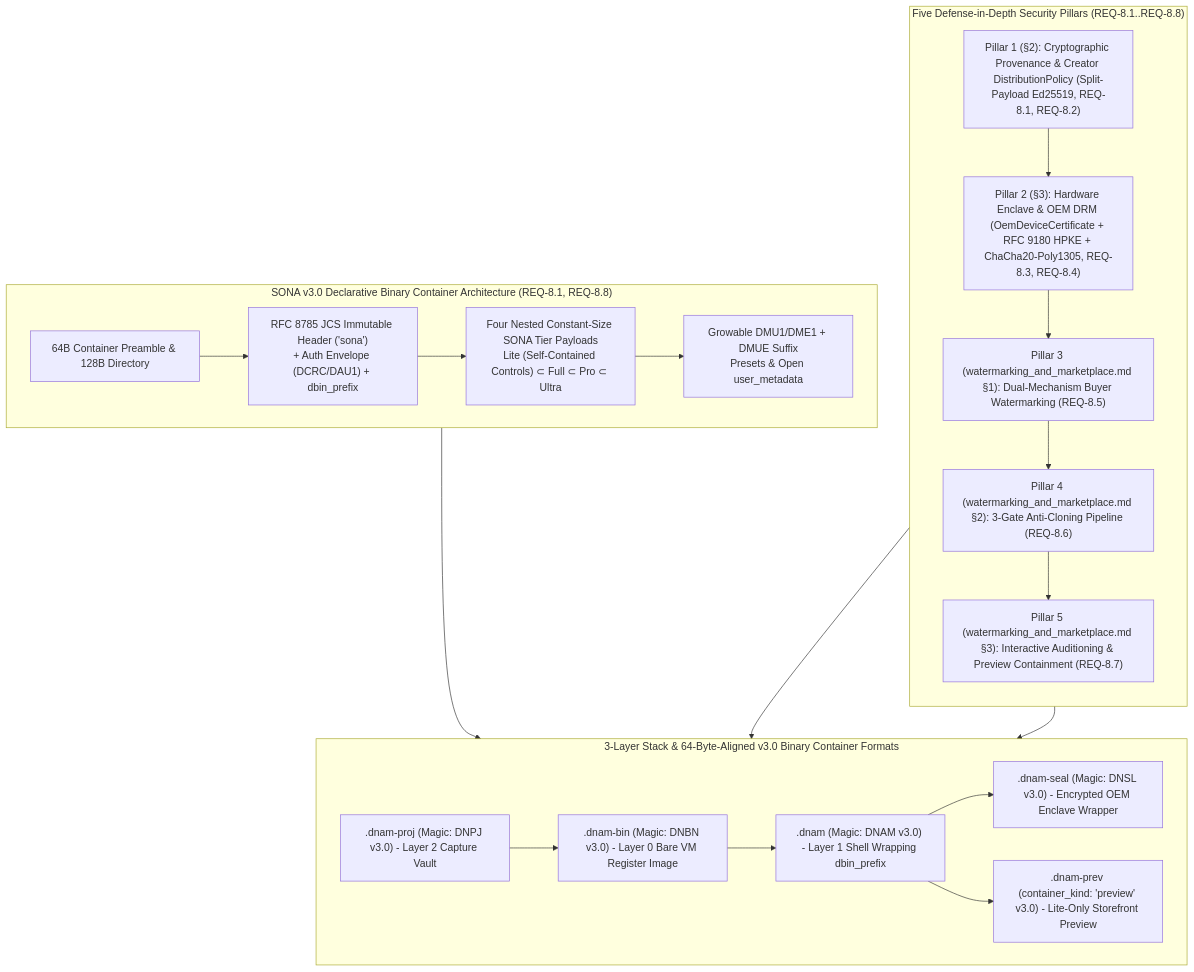
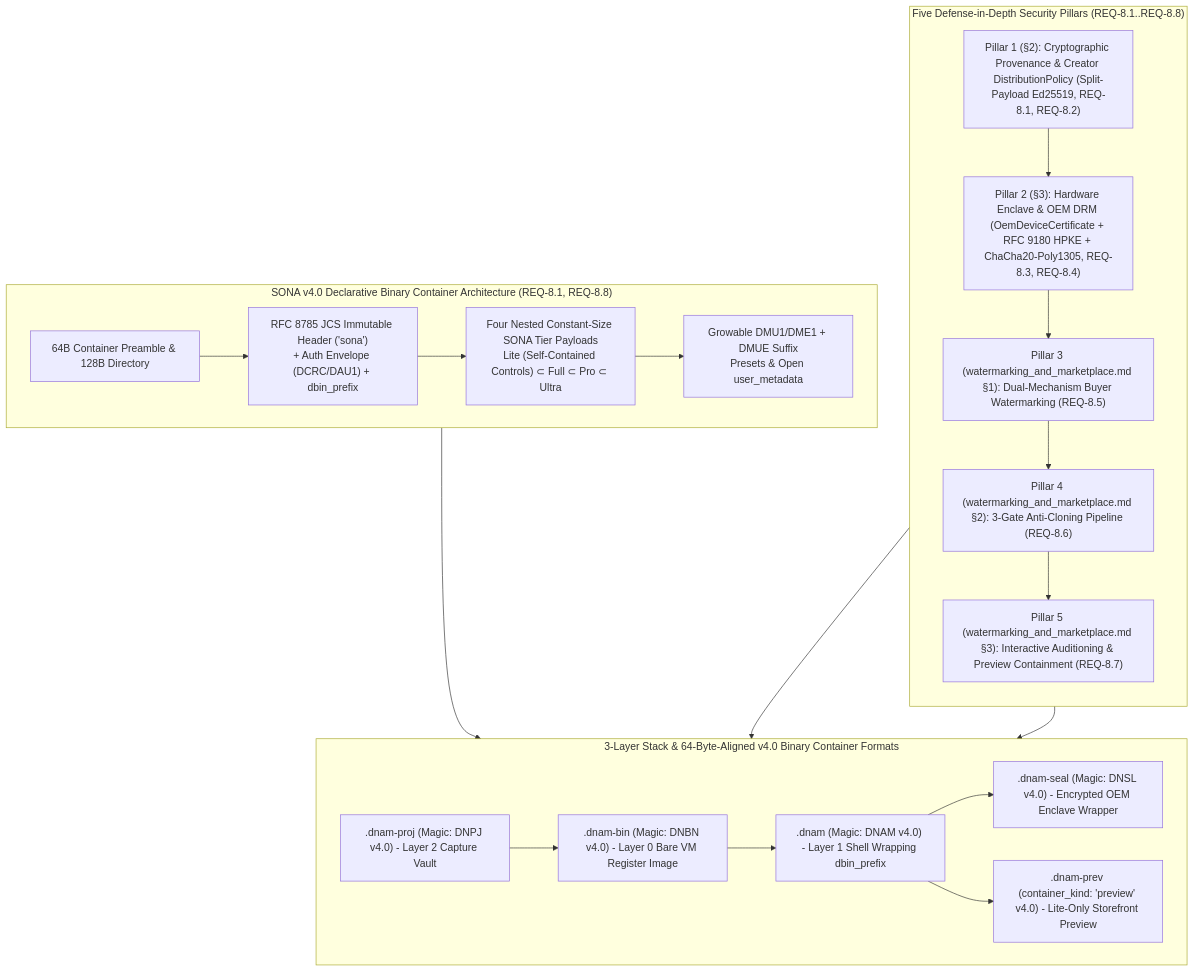
Before and after one commit to mokugen/dnam: the first of 2 diagrams in docs/specs/security/provenance_and_enclave_drm.md, drawn with Mermaid. The commit also changed other lines of this file and 16 other files, not shown here.

Commit message:
docs(specs): C1.3 update container, security, training, and SDK specs for SONA v4.0

````diff
--- a/docs/specs/security/provenance_and_enclave_drm.md
+++ b/docs/specs/security/provenance_and_enclave_drm.md
@@ -40,33 +40,33 @@
 ```mermaid
 flowchart TB
-    subgraph Container ["SONA v3.0 Declarative Binary Container Architecture (REQ-8.1, REQ-8.8)"]
+    subgraph Container ["SONA v4.0 Declarative Binary Container Architecture (REQ-8.1, REQ-8.8)"]
         direction LR
         Preamble["64B Container Preamble & 128B Directory"] --> Header["RFC 8785 JCS Immutable Header ('sona')<br/>+ Auth Envelope (DCRC/DAU1) + dbin_prefix"]
         Header --> Arenas["Four Nested Constant-Size SONA Tier Payloads<br/>Lite (Self-Contained Controls) ⊂ Full ⊂ Pro ⊂ Ultra"]
         Arenas --> Mutable["Growable DMU1/DME1 + DMUE Suffix<br/>Presets & Open user_metadata"]
     end
 
-    subgraph Formats ["3-Layer Stack & 64-Byte-Aligned v3.0 Binary Container Formats"]
+    subgraph Formats ["3-Layer Stack & 64-Byte-Aligned v4.0 Binary Container Formats"]
         direction LR
-        F_PROJ[".dnam-proj (Magic: DNPJ v3.0) - Layer 2 Capture Vault"]
-        F_BIN[".dnam-bin (Magic: DNBN v3.0) - Layer 0 Bare VM Register Image"]
-        F_DNAM[".dnam (Magic: DNAM v3.0) - Layer 1 Shell Wrapping dbin_prefix"]
-        F_SEAL[".dnam-seal (Magic: DNSL v3.0) - Encrypted OEM Enclave Wrapper"]
-        F_PREV[".dnam-prev (container_kind: 'preview' v3.0) - Lite-Only Storefront Preview"]
+        F_PROJ[".dnam-proj (Magic: DNPJ v4.0) - Layer 2 Capture Vault"]
+        F_BIN[".dnam-bin (Magic: DNBN v4.0) - Layer 0 Bare VM Register Image"]
+        F_DNAM[".dnam (Magic: DNAM v4.0) - Layer 1 Shell Wrapping dbin_prefix"]
+        F_SEAL[".dnam-seal (Magic: DNSL v4.0) - Encrypted OEM Enclave Wrapper"]
+        F_PREV[".dnam-prev (container_kind: 'preview' v4.0) - Lite-Only Storefront Preview"]
         F_PROJ --> F_BIN --> F_DNAM --> F_SEAL
         F_DNAM --> F_PREV
     end
 
     subgraph Pillars ["Five Defense-in-Depth Security Pillars (REQ-8.1..REQ-8.8)"]
         direction TB
         P1["Pillar 1 (§2): Cryptographic Provenance & Creator DistributionPolicy (Split-Payload Ed25519, REQ-8.1, REQ-8.2)"]
         P2["Pillar 2 (§3): Hardware Enclave & OEM DRM (OemDeviceCertificate + RFC 9180 HPKE + ChaCha20-Poly1305, REQ-8.3, REQ-8.4)"]
         P3["Pillar 3 (watermarking_and_marketplace.md §1): Dual-Mechanism Buyer Watermarking (REQ-8.5)"]
         P4["Pillar 4 (watermarking_and_marketplace.md §2): 3-Gate Anti-Cloning Pipeline (REQ-8.6)"]
         P5["Pillar 5 (watermarking_and_marketplace.md §3): Interactive Auditioning & Preview Containment (REQ-8.7)"]
         P1 --> P2 --> P3 --> P4 --> P5
     end
 
     Container --> Formats
     P1 & P2 --> Formats
 ```
````
